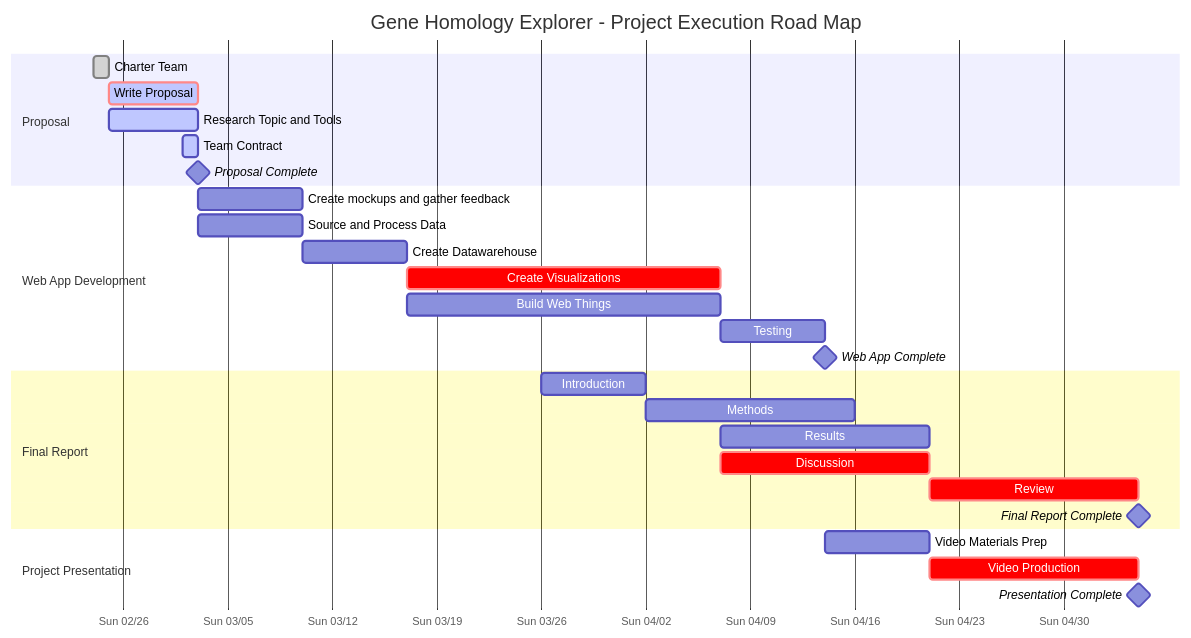
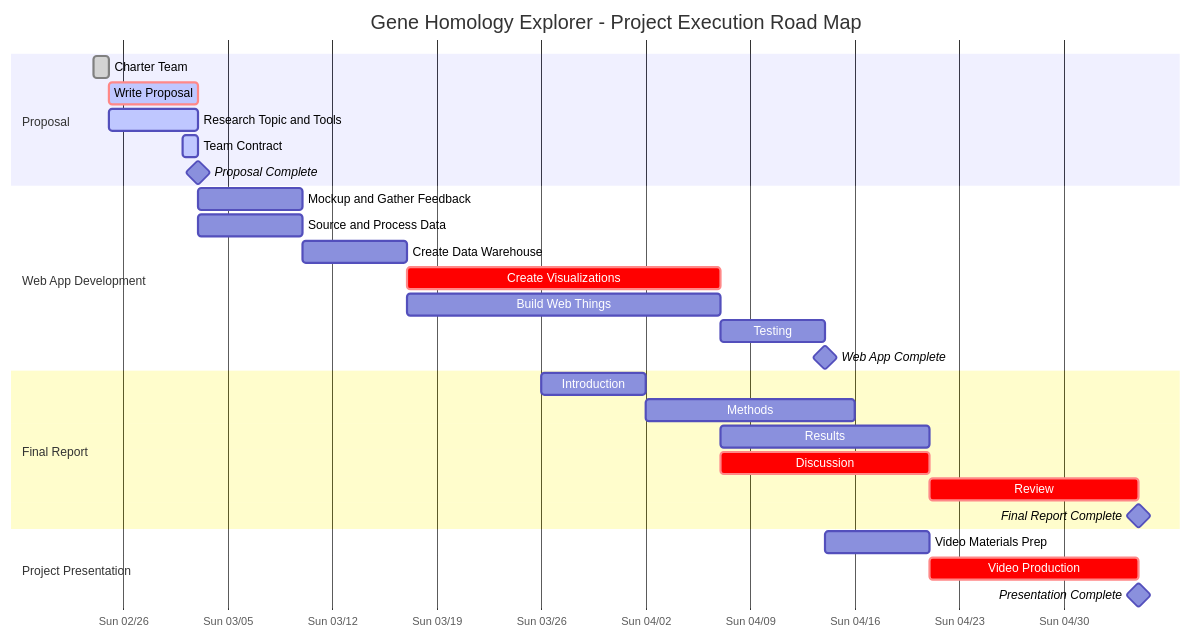
One commit to jogoodma/homology-explorer changed the second of 2 diagrams in docs/proposal.md. Above: the diagram before and after it, drawn with Mermaid. The commit also changed other lines of this file and 1 other file, not shown here.

Commit message:
Update Proposal
Combined work from MG and JG in the Technical Approach section

````diff
--- a/docs/proposal.md
+++ b/docs/proposal.md
@@ -119,36 +129,36 @@
 ```mermaid
 gantt
     dateFormat  YYYY-MM-DD
     axisFormat  %a %m/%d
     title       Gene Homology Explorer - Project Execution Road Map
 
     section Proposal
-    Charter Team              :done, p1, 2023-02-24, 2023-02-25
-    Write Proposal            :crit, active, p2, after p1, 6d
-    Research Topic and Tools  :active, p3, after p1, 6d
-    Team Contract             :active, p4, 2023-03-02, 1d
-    Proposal Complete         :milestone, p5, 2023-03-03, 0d
+    Charter Team                     :done, p1, 2023-02-24, 2023-02-25
+    Write Proposal                   :crit, active, p2, after p1, 6d
+    Research Topic and Tools         :active, p3, after p1, 6d
+    Team Contract                    :active, p4, 2023-03-02, 1d
+    Proposal Complete                :milestone, p5, 2023-03-03, 0d
 
     section Web App Development
-    Create mockups and gather feedback  :a1, after p5, 7d
-    Source and Process Data             :a2, after p5, 7d
-    Create Datawarehouse                :a3, after a2, 7d
-    Create Visualizations               :crit, a4, after a3, 21d
-    Build Web Things                    :a5, after a3, 21d
-    Testing                             :a6, after a4, 7d
-    Web App Complete                    :milestone, a7, after a6, 0d
+    Mockup and Gather Feedback       :a1, after p5, 7d
+    Source and Process Data          :a2, after p5, 7d
+    Create Data Warehouse            :a3, after a2, 7d
+    Create Visualizations            :crit, a4, after a3, 21d
+    Build Web Things                 :a5, after a3, 21d
+    Testing                          :a6, after a4, 7d
+    Web App Complete                 :milestone, a7, after a6, 0d
 
     section Final Report
-    Introduction              :f1, 2023-03-26, 7d
-    Methods                   :f2, after f1, 14d
-    Results                   :f3, after a4, 14d
-    Discussion                :crit, f4, after a4, 14d
-    Review                    :crit, f5, after f4, 14d
-    Final Report Complete     :milestone, f6, after f5, 0d
+    Introduction                     :f1, 2023-03-26, 7d
+    Methods                          :f2, after f1, 14d
+    Results                          :f3, after a4, 14d
+    Discussion                       :crit, f4, after a4, 14d
+    Review                           :crit, f5, after f4, 14d
+    Final Report Complete            :milestone, f6, after f5, 0d
 
     section Project Presentation
-    Video Materials Prep      :v1, 2023-04-14, 7d
-    Video Production          :crit, v2, 2023-04-21, 14d
-    Presentation Complete     :milestone, 2023-05-05, 0d
+    Video Materials Prep             :v1, 2023-04-14, 7d
+    Video Production                 :crit, v2, 2023-04-21, 14d
+    Presentation Complete            :milestone, v3, 2023-05-05, 0d
 
 ```
````
